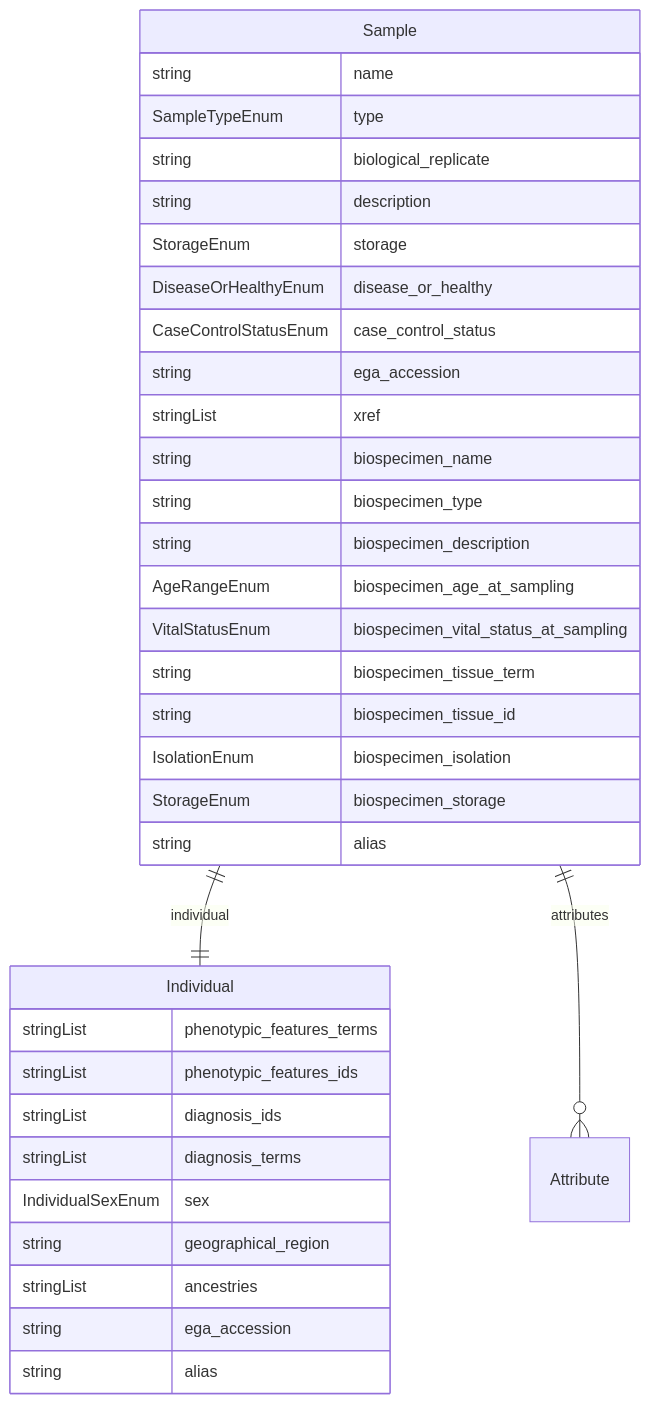
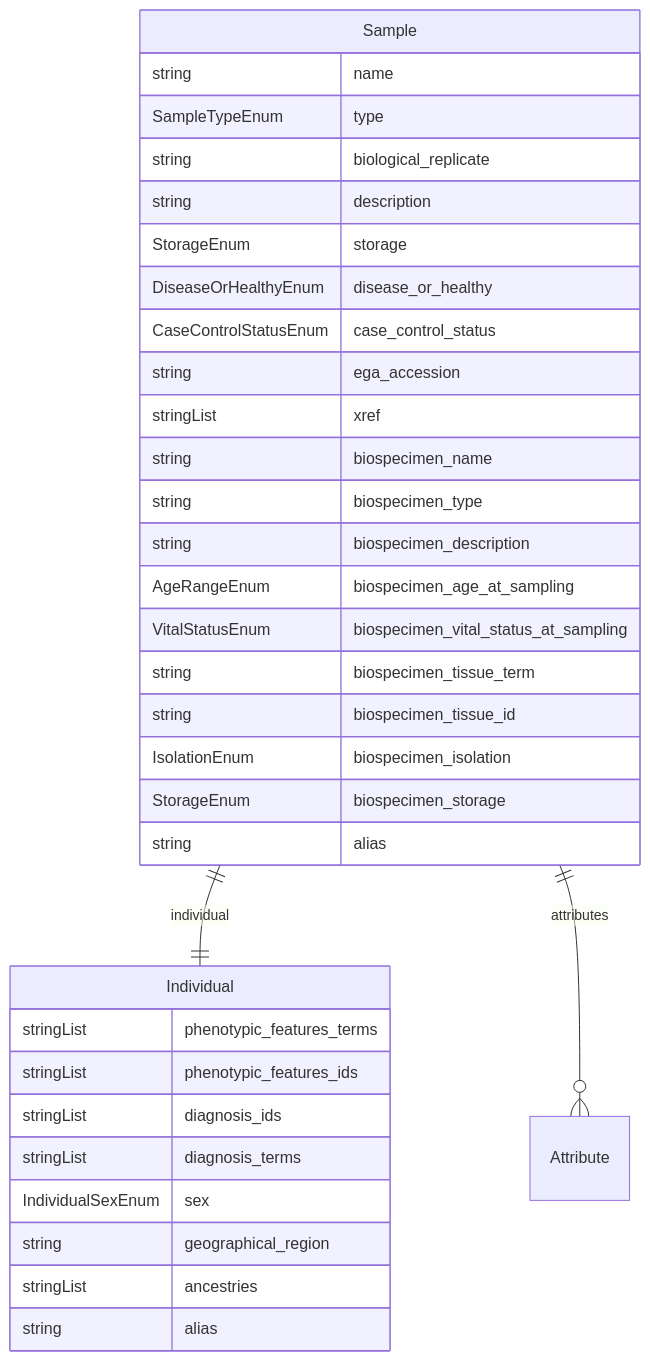
One commit to ghga-de/ghga-metadata-schema changed the fourth of 5 diagrams in docs/entity_relations.md. Above: the diagram before and after it, drawn with Mermaid. The commit also changed other lines of this file and 25 other files, not shown here.

````diff
--- a/docs/entity_relations.md
+++ b/docs/entity_relations.md
@@ -177,39 +178,38 @@
 ```mermaid
 erDiagram
 Individual {
     stringList phenotypic_features_terms  
     stringList phenotypic_features_ids  
     stringList diagnosis_ids  
     stringList diagnosis_terms  
     IndividualSexEnum sex  
     string geographical_region  
     stringList ancestries  
-    string ega_accession  
     string alias  
 }
 Sample {
     string name  
     SampleTypeEnum type  
     string biological_replicate  
     string description  
     StorageEnum storage  
     DiseaseOrHealthyEnum disease_or_healthy  
     CaseControlStatusEnum case_control_status  
     string ega_accession  
     stringList xref  
     string biospecimen_name  
     string biospecimen_type  
     string biospecimen_description  
     AgeRangeEnum biospecimen_age_at_sampling  
     VitalStatusEnum biospecimen_vital_status_at_sampling  
     string biospecimen_tissue_term  
     string biospecimen_tissue_id  
     IsolationEnum biospecimen_isolation  
     StorageEnum biospecimen_storage  
     string alias  
 }
 
 Sample ||--|| Individual : "individual"
 Sample ||--}o Attribute : "attributes"
 
 ```
````
